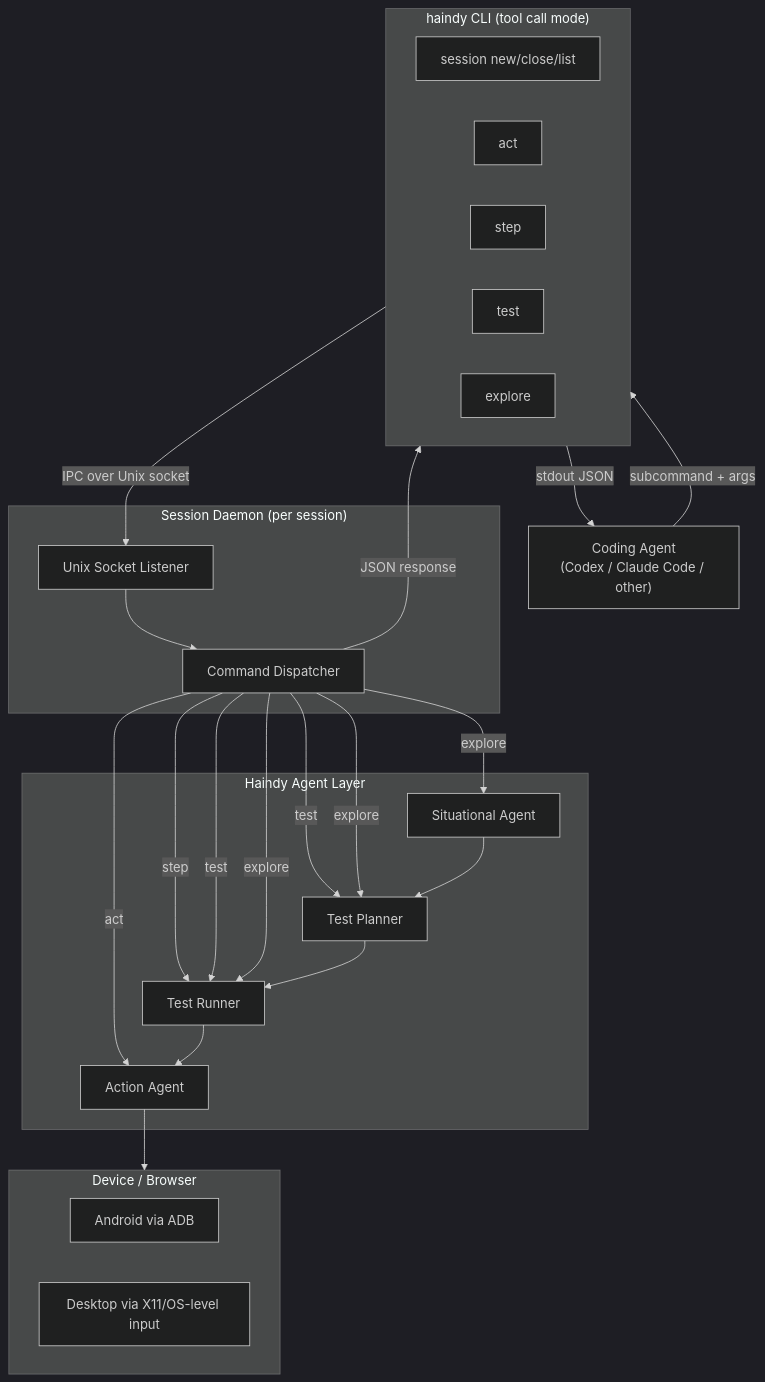
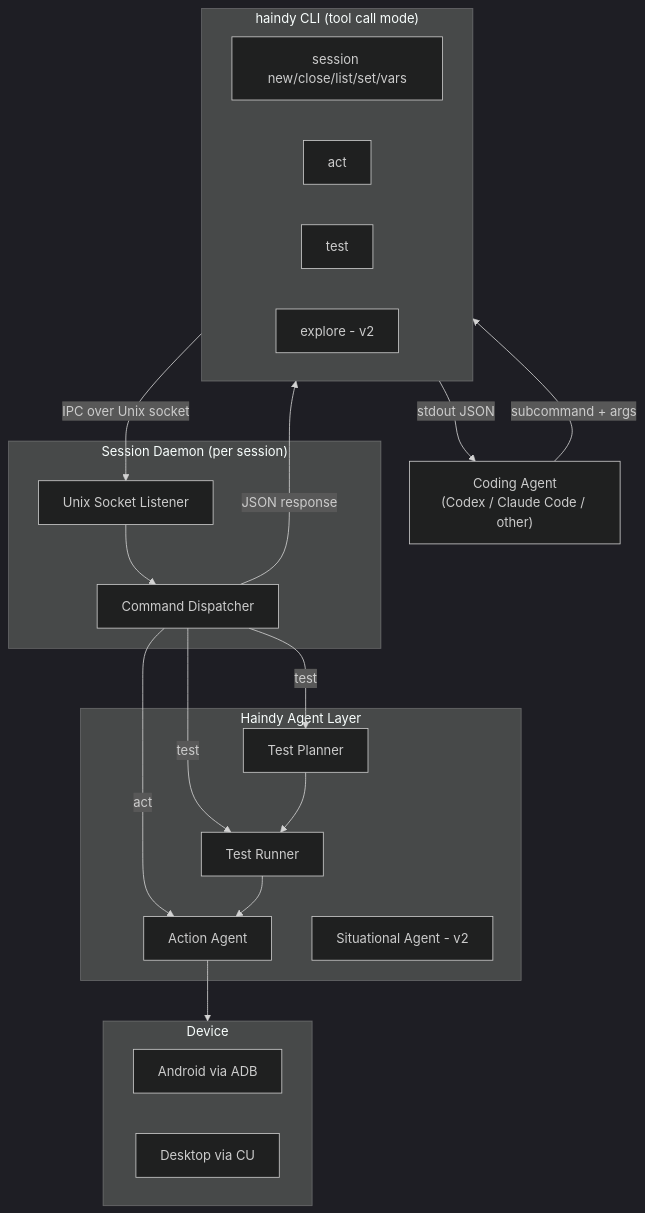
Before and after one commit to Haindy/haindy: the diagram in docs/design/tool-call-mode/OVERVIEW.md, drawn with Mermaid (dark theme). The commit also changed other lines of this file and 3 other files, not shown here.

````diff
--- a/docs/design/tool-call-mode/OVERVIEW.md
+++ b/docs/design/tool-call-mode/OVERVIEW.md
@@ -30,49 +42,43 @@
 ```mermaid
 flowchart TD
     CA["Coding Agent\n(Codex / Claude Code / other)"]
 
     subgraph CLI ["haindy CLI (tool call mode)"]
-        SC[session new/close/list]
+        SC[session new/close/list/set/vars]
         ACT[act]
-        STEP[step]
         TEST[test]
-        EXP[explore]
+        EXP[explore - v2]
     end
 
     subgraph DAEMON ["Session Daemon (per session)"]
         SOCK[Unix Socket Listener]
         DISP[Command Dispatcher]
     end
 
     subgraph AGENTS ["Haindy Agent Layer"]
         AA[Action Agent]
         TR[Test Runner]
         TP[Test Planner]
-        SIT[Situational Agent]
+        SIT[Situational Agent - v2]
     end
 
-    subgraph DEVICE ["Device / Browser"]
+    subgraph DEVICE ["Device"]
         ADB[Android via ADB]
-        DT[Desktop via X11/OS-level input]
+        DT[Desktop via CU]
     end
 
     CA -->|subcommand + args| CLI
     CLI -->|IPC over Unix socket| SOCK
     SOCK --> DISP
 
     DISP -->|act| AA
-    DISP -->|step| TR
     DISP -->|test| TP
     DISP -->|test| TR
-    DISP -->|explore| SIT
-    DISP -->|explore| TP
-    DISP -->|explore| TR
 
     AA --> DEVICE
     TR --> AA
     TP --> TR
-    SIT --> TP
 
     DISP -->|JSON response| CLI
     CLI -->|stdout JSON| CA
 ```
````
